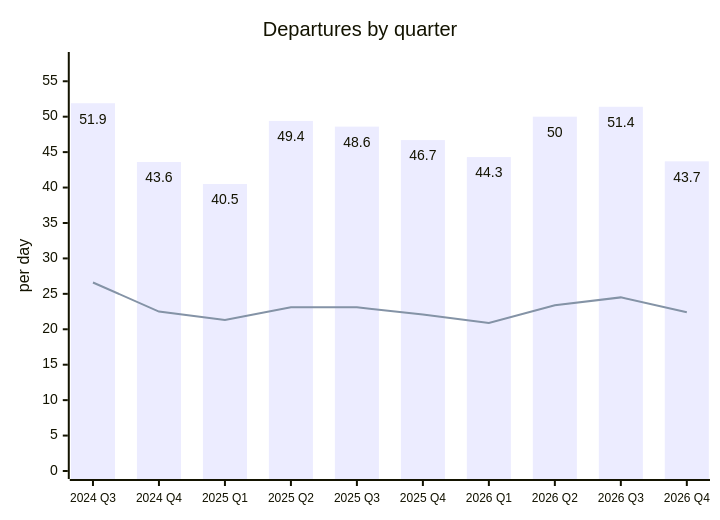
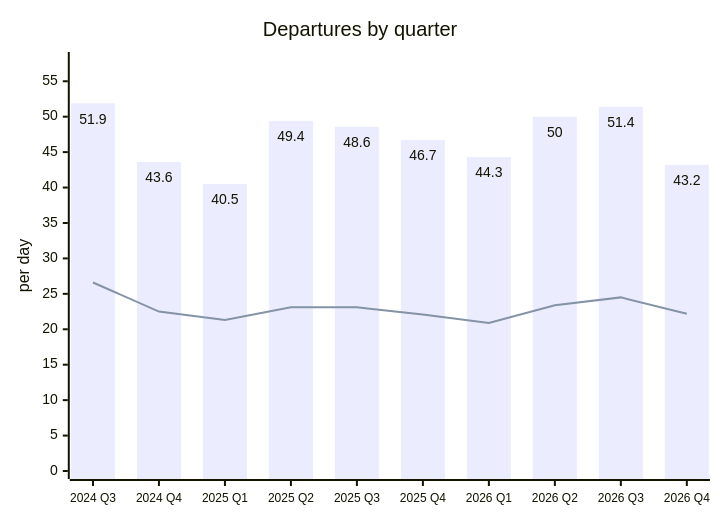
One commit to rainermesi/tll-airport-departures changed the second of 2 diagrams in README.md. Above: the diagram before and after it, drawn with Mermaid. The commit also changed other lines of this file and 3 other files, not shown here.

````diff
--- a/README.md
+++ b/README.md
@@ -82,15 +82,15 @@
 ```mermaid
 ---
 config:
   xyChart:
     showDataLabel: true
     xAxis:
       labelFontSize: 12
 ---
 xychart-beta
     title "Departures by quarter"
     x-axis ["2024 Q3", "2024 Q4", "2025 Q1", "2025 Q2", "2025 Q3", "2025 Q4", "2026 Q1", "2026 Q2", "2026 Q3", "2026 Q4"]
     y-axis "per day" 0 --> 58
-    bar [51.9, 43.6, 40.5, 49.4, 48.6, 46.7, 44.3, 50.0, 51.4, 43.7]
-    line [26.6, 22.5, 21.3, 23.1, 23.1, 22.1, 20.9, 23.4, 24.5, 22.4]
+    bar [51.9, 43.6, 40.5, 49.4, 48.6, 46.7, 44.3, 50.0, 51.4, 43.2]
+    line [26.6, 22.5, 21.3, 23.1, 23.1, 22.1, 20.9, 23.4, 24.5, 22.2]
 ```
````
